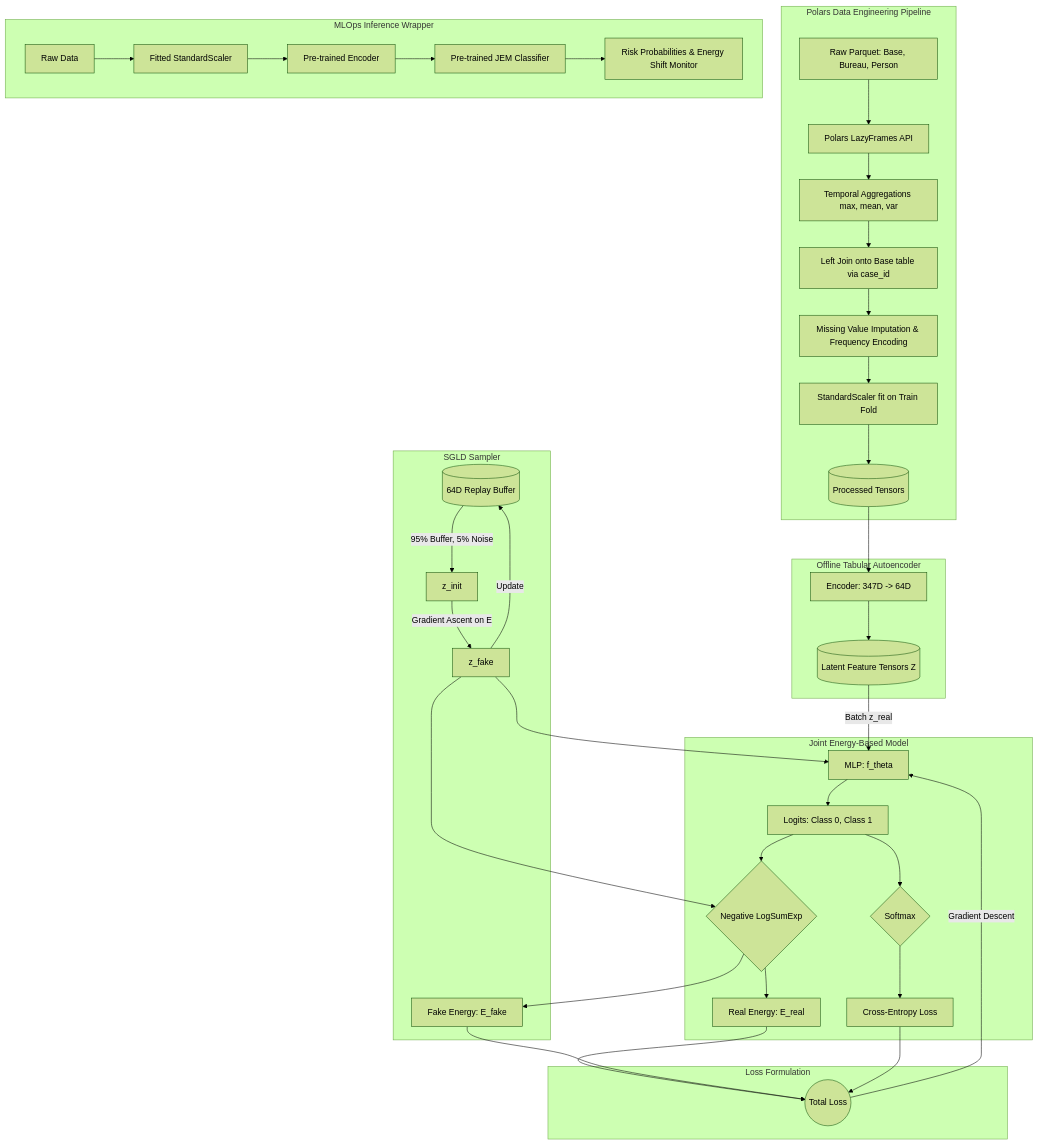
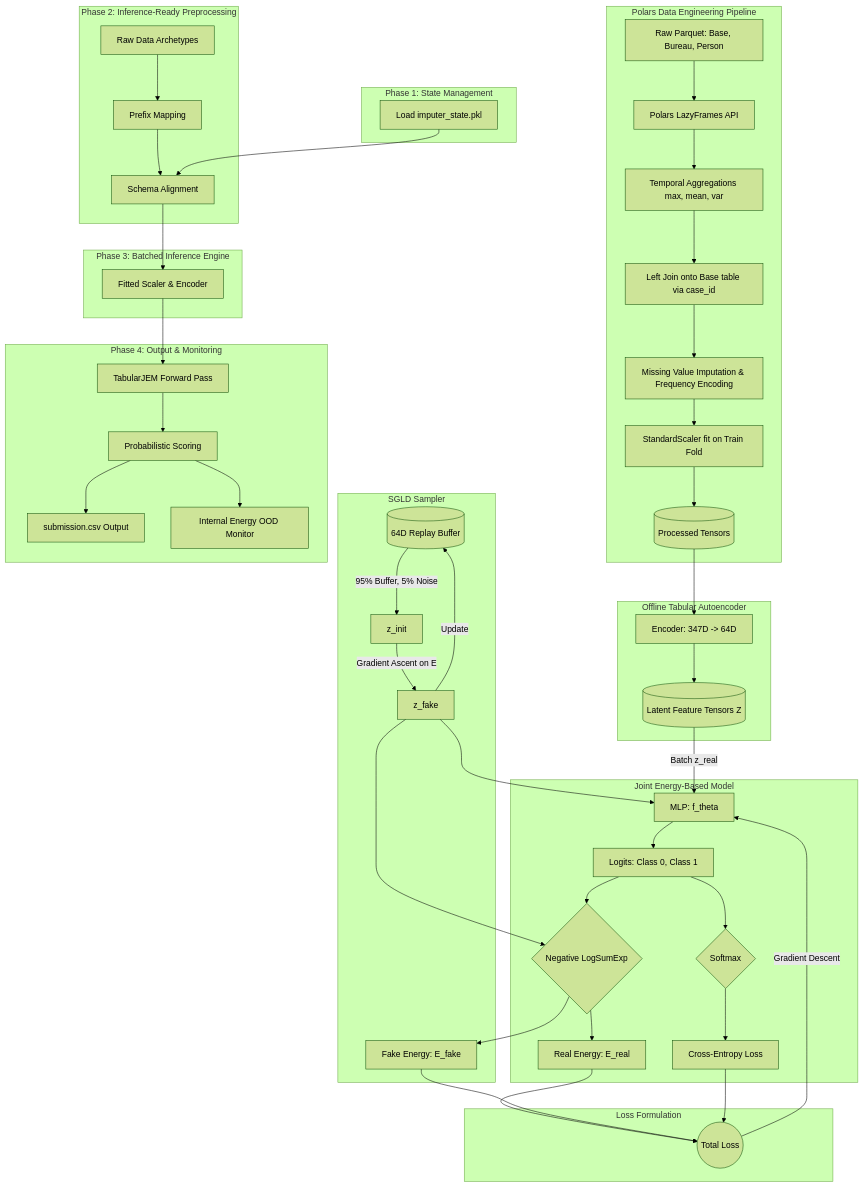
Before and after one commit to radema/jem-credit-risk: the diagram in docs/architecture/ARCHITECTURE.md, drawn with Mermaid (forest theme). The commit also changed other lines of this file and 3 other files, not shown here.

Commit message:
feat: Document the JEM inference engine and data pipeline, including schema alignment and OOD monitoring, and update the overall architecture with inference orchestration details.

````diff
--- a/docs/architecture/ARCHITECTURE.md
+++ b/docs/architecture/ARCHITECTURE.md
@@ -3,50 +3,63 @@
 ```mermaid
 graph TD
     subgraph Polars Data Engineering Pipeline
         A[Raw Parquet: Base, Bureau, Person] --> B[Polars LazyFrames API]
         B --> C[Temporal Aggregations max, mean, var]
         C --> D[Left Join onto Base table via case_id]
         D --> D1[Missing Value Imputation & Frequency Encoding]
         D1 --> E[StandardScaler fit on Train Fold]
         E --> F[(Processed Tensors)]
     end
 
     subgraph Offline Tabular Autoencoder
         F --> G1[Encoder: 347D -> 64D]
         G1 --> G2[(Latent Feature Tensors Z)]
     end
 
     subgraph Joint Energy-Based Model
         G2 -->|Batch z_real| G[MLP: f_theta]
         G --> H[Logits: Class 0, Class 1]
         
         H --> I{Softmax}
         I --> J[Cross-Entropy Loss]
         
         H --> K{Negative LogSumExp}
         K --> L[Real Energy: E_real]
     end
 
     subgraph SGLD Sampler
         M[(64D Replay Buffer)] -->|95% Buffer, 5% Noise| N[z_init]
         N -->|Gradient Ascent on E| O[z_fake]
         O --> G
         O -->|Update| M
         O --> K
         K --> P[Fake Energy: E_fake]
     end
 
     subgraph Loss Formulation
         L --> Q((Total Loss))
         P --> Q
         J --> Q
         Q -->|Gradient Descent| G
     end
 
-    subgraph MLOps Inference Wrapper
-        W1[Raw Data] --> W2[Fitted StandardScaler]
-        W2 --> W3[Pre-trained Encoder]
-        W3 --> W4[Pre-trained JEM Classifier]
-        W4 --> W5[Risk Probabilities & Energy Shift Monitor]
+    subgraph Phase 4: Output & Monitoring
+        W3 --> W4[Probabilistic Scoring]
+        W4 --> W5[submission.csv Output]
+        W4 --> W6[Internal Energy OOD Monitor]
+    end
+
+    subgraph Phase 3: Batched Inference Engine
+        W2 --> W3[TabularJEM Forward Pass]
+    end
+
+    subgraph Phase 2: Inference-Ready Preprocessing
+        W1[Raw Data Archetypes] --> W1_1[Prefix Mapping]
+        W1_1 --> W1_2[Schema Alignment]
+        W1_2 --> W2[Fitted Scaler & Encoder]
+    end
+
+    subgraph Phase 1: State Management
+        W0[Load imputer_state.pkl] --> W1_2
     end
 ```
````
